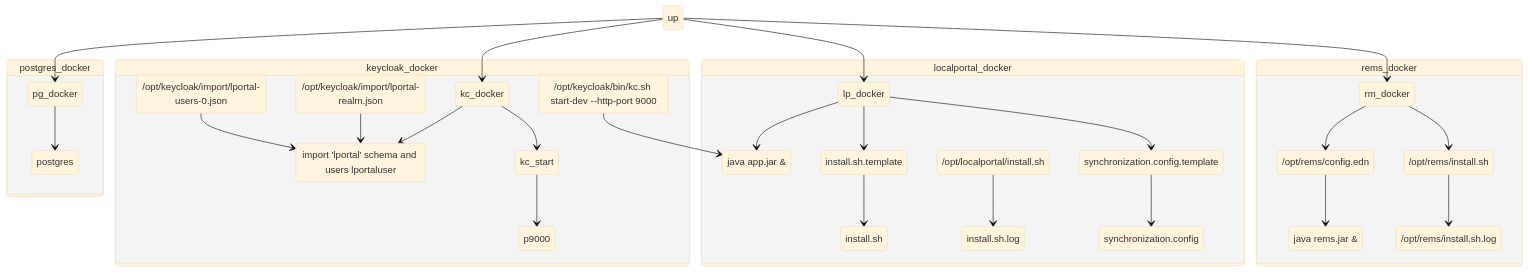
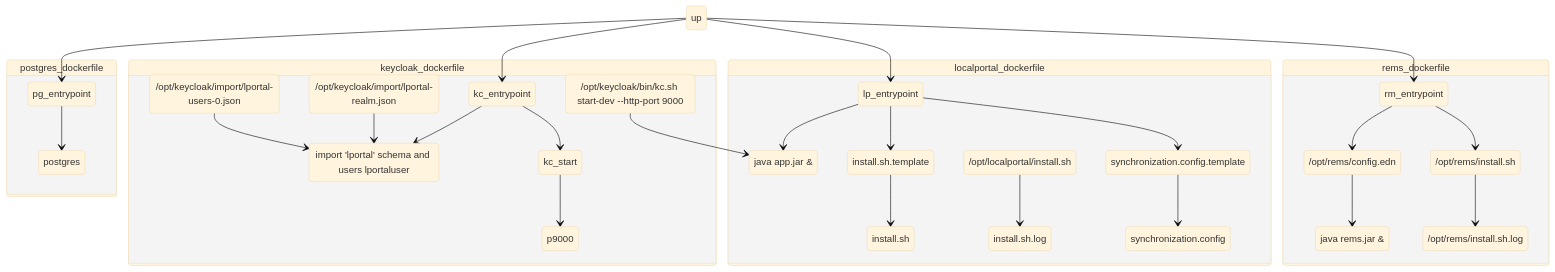
One commit to molgenis/gdi-localportal changed the diagram in README.md. Above: the diagram before and after it, drawn with Mermaid (base theme).

````diff
--- a/README.md
+++ b/README.md
@@ -73,45 +73,45 @@
 ```mermaid
 stateDiagram-v2
 
-    up --> pg_docker
-    up --> kc_docker
-    up --> lp_docker
-    up --> rm_docker
+    up --> pg_entrypoint
+    up --> kc_entrypoint
+    up --> lp_entrypoint
+    up --> rm_entrypoint
 
-    state postgres_docker {
-        pg_docker --> postgres
+    state postgres_dockerfile {
+        pg_entrypoint --> postgres
     }
 
     kcstart: /opt/keycloak/bin/kc.sh start-dev --http-port 9000
     realmjson: /opt/keycloak/import/lportal-realm.json
     userjson: /opt/keycloak/import/lportal-users-0.json
     kcimport: import 'lportal' schema and users lportaluser
     
-    state keycloak_docker {
-        kc_docker --> kc_start
-        kc_docker --> kcimport
+    state keycloak_dockerfile {
+        kc_entrypoint --> kc_start
+        kc_entrypoint --> kcimport
         kc_start --> p9000
         realmjson --> kcimport
         userjson --> kcimport
         kcstart --> java_appjar
     }
 
     java_appjar: java app.jar &
-    state localportal_docker {
-        lp_docker --> java_appjar
-        lp_docker --> install.sh.template
-        lp_docker --> synchronization.config.template
+    state localportal_dockerfile {
+        lp_entrypoint --> java_appjar
+        lp_entrypoint --> install.sh.template
+        lp_entrypoint --> synchronization.config.template
         install.sh.template --> install.sh
         /opt/localportal/install.sh -->  install.sh.log
         synchronization.config.template --> synchronization.config
     }
 
     rems_jar: java rems.jar &
     rems_config: /opt/rems/config.edn
-    state rems_docker {
-        rm_docker --> rems_config
-        rm_docker --> /opt/rems/install.sh
+    state rems_dockerfile {
+        rm_entrypoint --> rems_config
+        rm_entrypoint --> /opt/rems/install.sh
         rems_config --> rems_jar
         /opt/rems/install.sh --> /opt/rems/install.sh.log
     }
 ```
````
